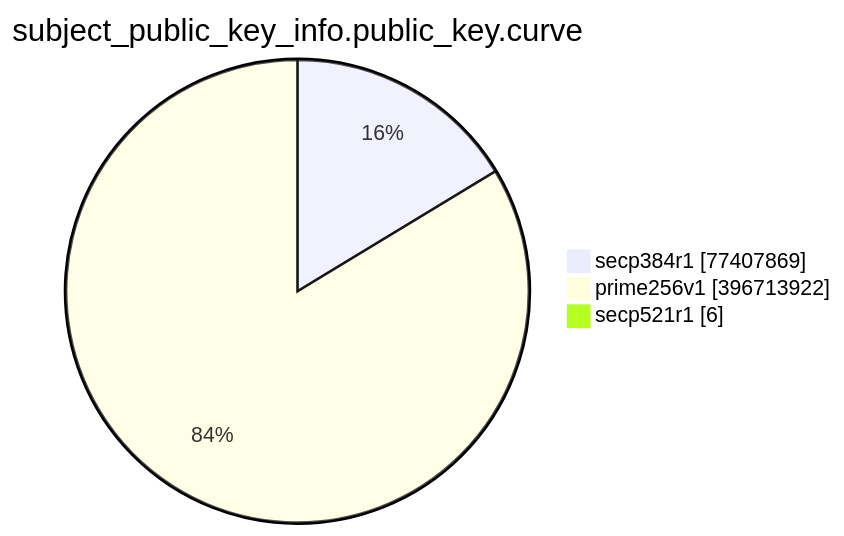
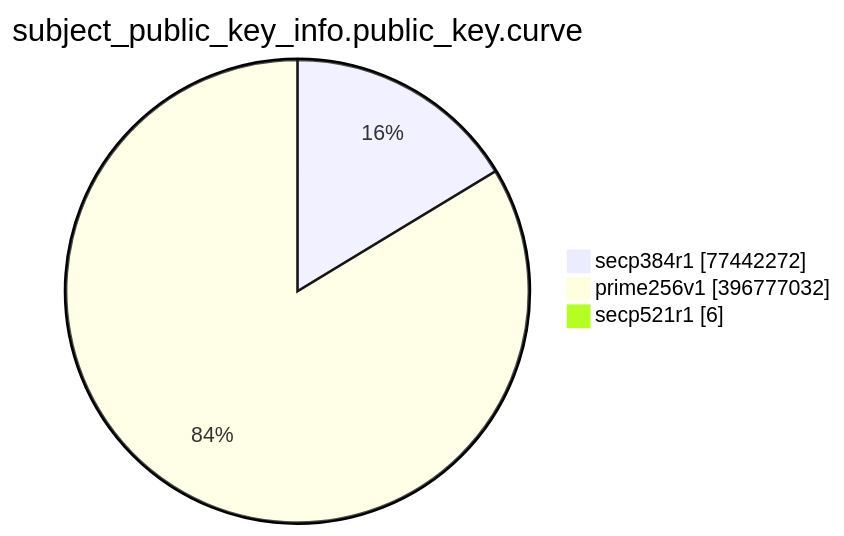
Before and after one commit to christiankrug/ctmonitor_visualization: the eighth of 15 diagrams in TOTAL/README.md, drawn with Mermaid. The commit also changed other lines of this file, not shown here.

````diff
--- a/TOTAL/README.md
+++ b/TOTAL/README.md
@@ -3095,7 +3095,7 @@
 ```mermaid
 pie showData
 title subject_public_key_info.public_key.curve
-"secp384r1" :77407869
-"prime256v1" :396713922
+"secp384r1" :77442272
+"prime256v1" :396777032
 "secp521r1" :6
 ```
````
